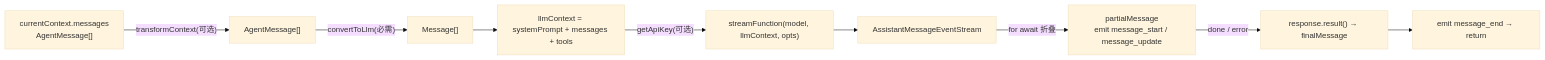
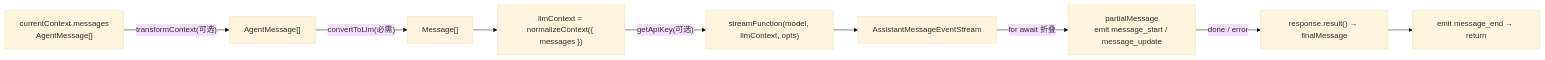
One commit to ypzyfl/pi changed the fifth of 6 diagrams in learning/notes/modules/agent-loop.zh.md. Above: the diagram before and after it, drawn with Mermaid (base theme). The commit also changed 20 other files, not shown here.

````diff
--- a/learning/notes/modules/agent-loop.zh.md
+++ b/learning/notes/modules/agent-loop.zh.md
@@ -135,11 +135,11 @@
 ```mermaid
 flowchart LR
     A["currentContext.messages<br/>AgentMessage[]"] -->|"transformContext(可选)"| B["AgentMessage[]"]
     B -->|"convertToLlm(必需)"| C["Message[]"]
-    C --> D["llmContext = systemPrompt + messages + tools"]
+    C --> D["llmContext = normalizeContext({ messages })"]
     D -->|"getApiKey(可选)"| E["streamFunction(model, llmContext, opts)"]
     E --> F["AssistantMessageEventStream"]
     F -->|for await 折叠| G["partialMessage<br/>emit message_start / message_update"]
     G -->|done / error| H["response.result() → finalMessage"]
     H --> I["emit message_end → return"]
 ```
````
